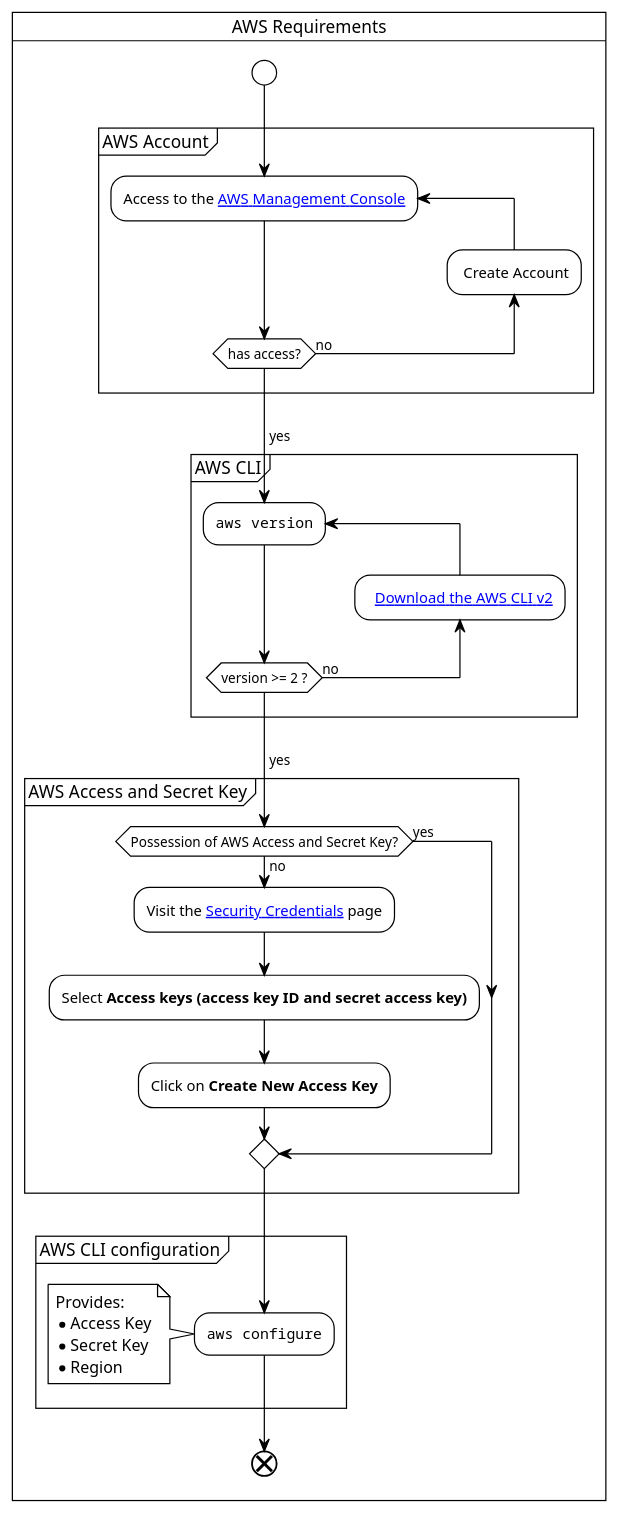
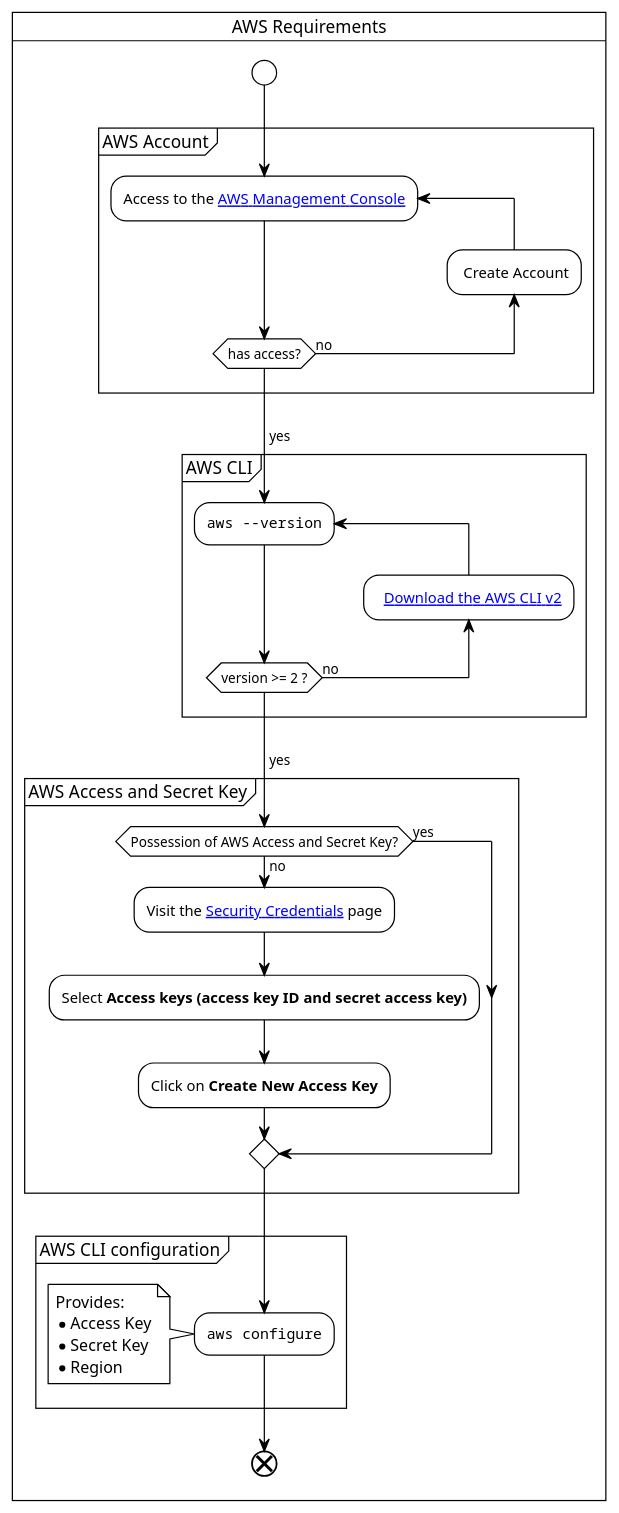
One commit to grucloud/grucloud changed the diagram in docusaurus/plantuml/aws-requirements.puml. Above: the diagram before and after it, drawn with PlantUML. The commit also changed 5 other files, not shown here.

```diff
--- a/docusaurus/plantuml/aws-requirements.puml
+++ b/docusaurus/plantuml/aws-requirements.puml
@@ -1,42 +1,42 @@
 @startuml aws-requirements
 !theme plain
 
 skinparam svgLinkTarget _blank
 
 card "AWS Requirements" {
 start
 partition "AWS Account" {
 repeat :Access to the [[https://console.aws.amazon.com/console AWS Management Console]];
 backward: Create Account;
 repeat while (has access?) is (no) 
 ->yes;
 }
 
 partition "AWS CLI" {
-repeat :""aws version"";
+repeat :""aws --version"";
 backward:  [[https://docs.aws.amazon.com/cli/latest/userguide/install-cliv2.html Download the AWS CLI v2]];
 repeat while (version >= 2 ?) is (no) 
 ->yes;
 }
 
 partition "AWS Access and Secret Key" {
 if (Possession of AWS Access and Secret Key?) then (yes)
 else (no)
   :Visit the [[https://console.aws.amazon.com/iam/home#/security_credentials Security Credentials]] page;
   :Select <b>Access keys (access key ID and secret access key)</b>;
   :Click on <b>Create New Access Key</b>;
 endif
 }
 
 partition "AWS CLI configuration" {
   :""aws configure"";
   note left 
   Provides:
   * Access Key
   * Secret Key 
   * Region
   end note
 }
 end
 }
 @enduml
```
